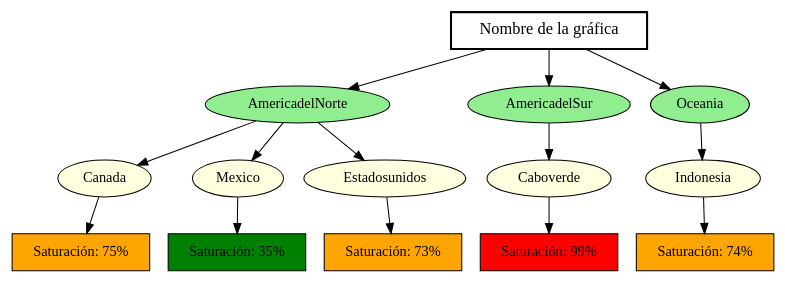
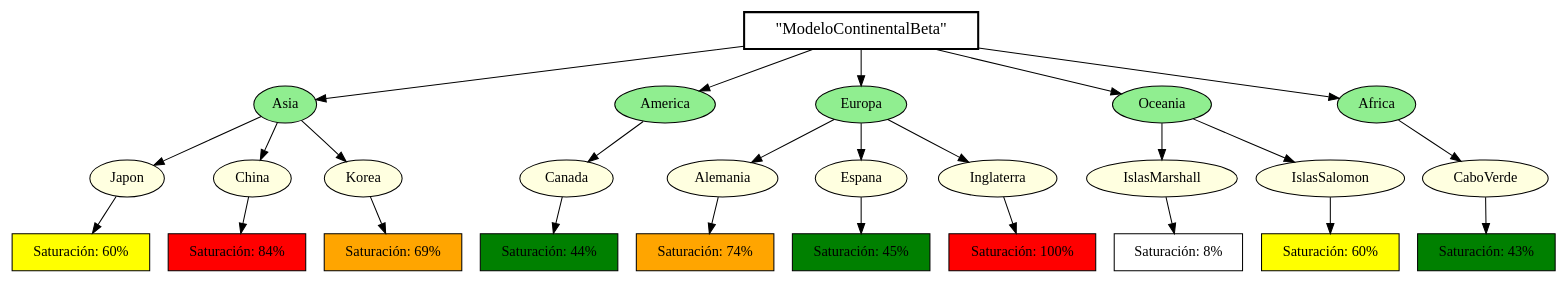
Before and after one commit to Emmagx/LFP-2S24Proyectos_202300848: the diagram in Proyecto 1 v2/src/fortran/grafo.dot, drawn with Graphviz. The commit also changed 6 other files, not shown here.

```diff
--- a/Proyecto 1 v2/src/fortran/grafo.dot
+++ b/Proyecto 1 v2/src/fortran/grafo.dot
@@ -1,30 +1,54 @@
-// Nombre de la gráfica
+// "ModeloContinentalBeta"
 digraph {
-	grafico [label="Nombre de la gráfica" fillcolor=lightblue fontsize=16 shape=box style=bold]
-	AmericadelNorte [fillcolor=lightgreen shape=ellipse style=filled]
-	grafico -> AmericadelNorte
+	grafico [label="\"ModeloContinentalBeta\"" fillcolor=lightblue fontsize=16 shape=box style=bold]
+	Asia [fillcolor=lightgreen shape=ellipse style=filled]
+	grafico -> Asia
+	Japon [fillcolor=lightyellow shape=ellipse style=filled]
+	Asia -> Japon
+	Japon_saturacion [label="Saturación: 60%" fillcolor=yellow shape=box style=filled]
+	Japon -> Japon_saturacion
+	China [fillcolor=lightyellow shape=ellipse style=filled]
+	Asia -> China
+	China_saturacion [label="Saturación: 84%" fillcolor=red shape=box style=filled]
+	China -> China_saturacion
+	Korea [fillcolor=lightyellow shape=ellipse style=filled]
+	Asia -> Korea
+	Korea_saturacion [label="Saturación: 69%" fillcolor=orange shape=box style=filled]
+	Korea -> Korea_saturacion
+	America [fillcolor=lightgreen shape=ellipse style=filled]
+	grafico -> America
 	Canada [fillcolor=lightyellow shape=ellipse style=filled]
-	AmericadelNorte -> Canada
-	Canada_saturacion [label="Saturación: 75%" fillcolor=orange shape=box style=filled]
+	America -> Canada
+	Canada_saturacion [label="Saturación: 44%" fillcolor=green shape=box style=filled]
 	Canada -> Canada_saturacion
-	Mexico [fillcolor=lightyellow shape=ellipse style=filled]
-	AmericadelNorte -> Mexico
-	Mexico_saturacion [label="Saturación: 35%" fillcolor=green shape=box style=filled]
-	Mexico -> Mexico_saturacion
-	Estadosunidos [fillcolor=lightyellow shape=ellipse style=filled]
-	AmericadelNorte -> Estadosunidos
-	Estadosunidos_saturacion [label="Saturación: 73%" fillcolor=orange shape=box style=filled]
-	Estadosunidos -> Estadosunidos_saturacion
-	AmericadelSur [fillcolor=lightgreen shape=ellipse style=filled]
-	grafico -> AmericadelSur
-	Caboverde [fillcolor=lightyellow shape=ellipse style=filled]
-	AmericadelSur -> Caboverde
-	Caboverde_saturacion [label="Saturación: 99%" fillcolor=red shape=box style=filled]
-	Caboverde -> Caboverde_saturacion
+	Europa [fillcolor=lightgreen shape=ellipse style=filled]
+	grafico -> Europa
+	Alemania [fillcolor=lightyellow shape=ellipse style=filled]
+	Europa -> Alemania
+	Alemania_saturacion [label="Saturación: 74%" fillcolor=orange shape=box style=filled]
+	Alemania -> Alemania_saturacion
+	Espana [fillcolor=lightyellow shape=ellipse style=filled]
+	Europa -> Espana
+	Espana_saturacion [label="Saturación: 45%" fillcolor=green shape=box style=filled]
+	Espana -> Espana_saturacion
+	Inglaterra [fillcolor=lightyellow shape=ellipse style=filled]
+	Europa -> Inglaterra
+	Inglaterra_saturacion [label="Saturación: 100%" fillcolor=red shape=box style=filled]
+	Inglaterra -> Inglaterra_saturacion
 	Oceania [fillcolor=lightgreen shape=ellipse style=filled]
 	grafico -> Oceania
-	Indonesia [fillcolor=lightyellow shape=ellipse style=filled]
-	Oceania -> Indonesia
-	Indonesia_saturacion [label="Saturación: 74%" fillcolor=orange shape=box style=filled]
-	Indonesia -> Indonesia_saturacion
+	IslasMarshall [fillcolor=lightyellow shape=ellipse style=filled]
+	Oceania -> IslasMarshall
+	IslasMarshall_saturacion [label="Saturación: 8%" fillcolor=white shape=box style=filled]
+	IslasMarshall -> IslasMarshall_saturacion
+	IslasSalomon [fillcolor=lightyellow shape=ellipse style=filled]
+	Oceania -> IslasSalomon
+	IslasSalomon_saturacion [label="Saturación: 60%" fillcolor=yellow shape=box style=filled]
+	IslasSalomon -> IslasSalomon_saturacion
+	Africa [fillcolor=lightgreen shape=ellipse style=filled]
+	grafico -> Africa
+	CaboVerde [fillcolor=lightyellow shape=ellipse style=filled]
+	Africa -> CaboVerde
+	CaboVerde_saturacion [label="Saturación: 43%" fillcolor=green shape=box style=filled]
+	CaboVerde -> CaboVerde_saturacion
 }
```
